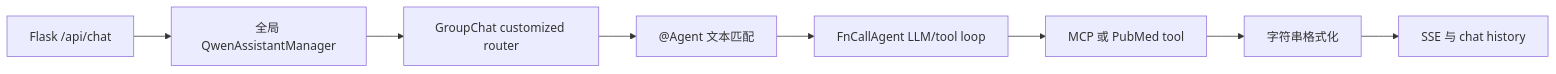
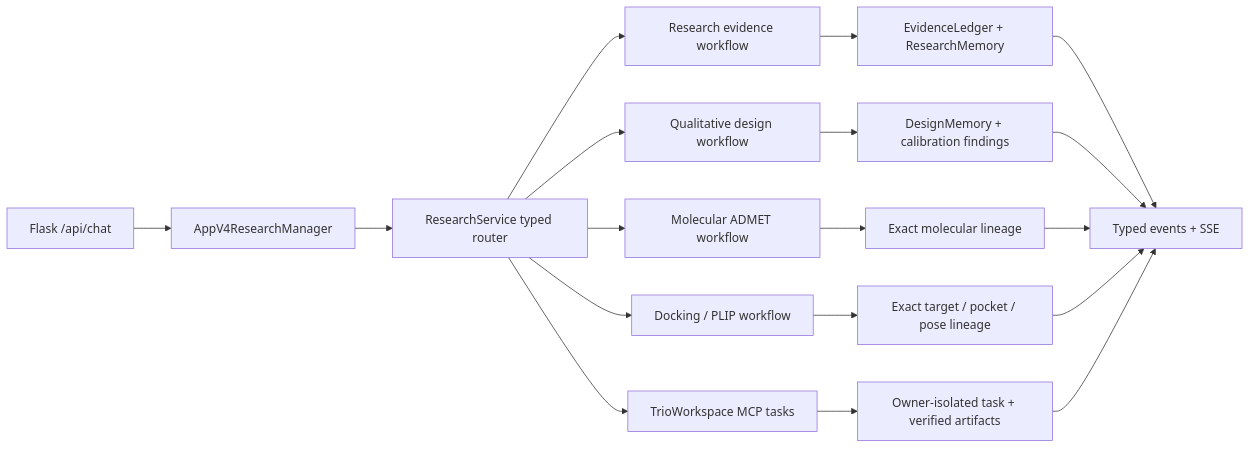
One commit to SZU-ADDG/FROGENT changed the first of 2 diagrams in plugins/frogent-drug-design/docs/HARNESS.md. Above: the diagram before and after it, drawn with Mermaid. The commit also changed other lines of this file and 56 other files, not shown here.

Commit message:
Checkpoint agent workflow integrations

````diff
--- a/plugins/frogent-drug-design/docs/HARNESS.md
+++ b/plugins/frogent-drug-design/docs/HARNESS.md
@@ -11,10 +11,20 @@
 ```mermaid
 flowchart LR
-    A["Flask /api/chat"] --> B["全局 QwenAssistantManager"]
-    B --> C["GroupChat customized router"]
-    C --> D["@Agent 文本匹配"]
-    D --> E["FnCallAgent LLM/tool loop"]
-    E --> F["MCP 或 PubMed tool"]
-    F --> G["字符串格式化"]
-    G --> H["SSE 与 chat history"]
+    A["Flask /api/chat"] --> B["AppV4ResearchManager"]
+    B --> C["ResearchService typed router"]
+    C --> D["Research evidence workflow"]
+    C --> E["Qualitative design workflow"]
+    C --> F["Molecular ADMET workflow"]
+    C --> G["Docking / PLIP workflow"]
+    C --> M["TrioWorkspace MCP tasks"]
+    D --> H["EvidenceLedger + ResearchMemory"]
+    E --> I["DesignMemory + calibration findings"]
+    F --> J["Exact molecular lineage"]
+    G --> K["Exact target / pocket / pose lineage"]
+    M --> N["Owner-isolated task + verified artifacts"]
+    H --> L["Typed events + SSE"]
+    I --> L
+    J --> L
+    K --> L
+    N --> L
 ```
````
